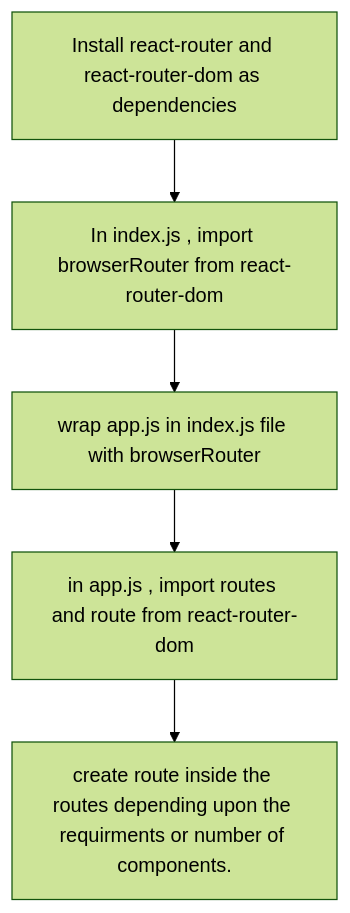
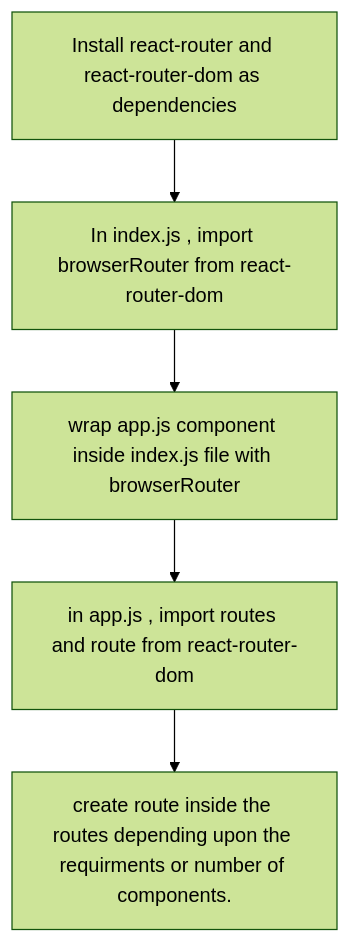
One commit to Apoorv266/neoG-assignments changed the diagram in Notes/Router/router.md. Above: the diagram before and after it, drawn with Mermaid (forest theme).

````diff
--- a/Notes/Router/router.md
+++ b/Notes/Router/router.md
@@ -5,8 +5,8 @@
 ```mermaid
 flowchart TD
     A[Install react-router and react-router-dom as dependencies]-->B[In index.js , import browserRouter from react-router-dom];
-    B-->C[wrap app.js in index.js file with browserRouter]
+    B-->C[wrap app.js component inside index.js file with browserRouter]
     C-->D[in app.js , import routes and route from react-router-dom]
     D-->E[ create route inside the routes depending upon the requirments or number of components. ]
     
 ```
````
